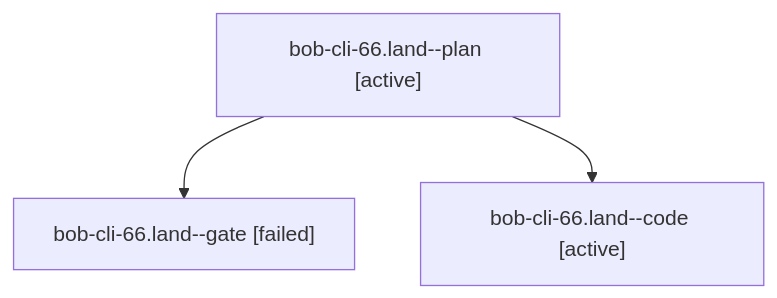
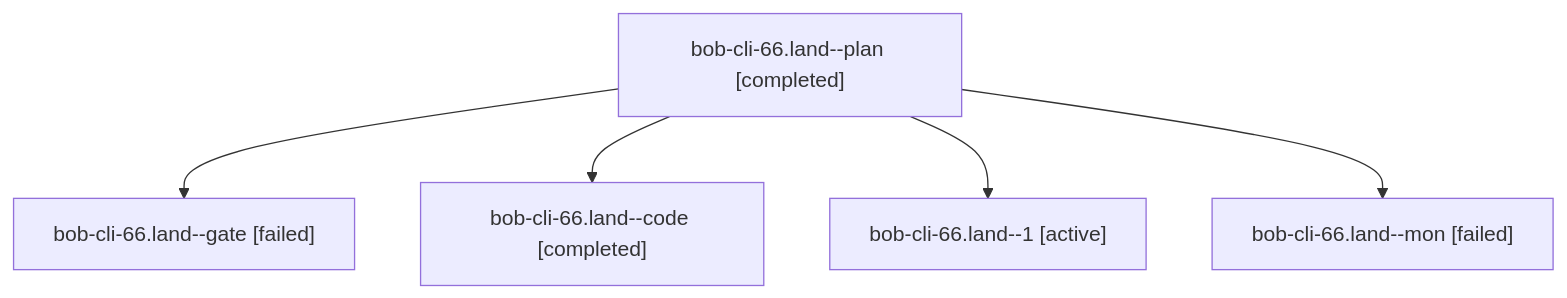
The diagram in sessions/bbugyi200.athena.bob-cli-66.land.md (bobs-org/bob-cli--agents), drawn with Mermaid before and after one commit. The commit also changed other lines of this file and 114 other files, not shown here.

````diff
--- a/sessions/bbugyi200.athena.bob-cli-66.land.md
+++ b/sessions/bbugyi200.athena.bob-cli-66.land.md
@@ -9,8 +9,12 @@
 ```mermaid
 flowchart TD
-  n0["bob-cli-66.land--plan [active]"]
+  n0["bob-cli-66.land--plan [completed]"]
   n1["bob-cli-66.land--gate [failed]"]
   n0 --> n1
-  n2["bob-cli-66.land--code [active]"]
+  n2["bob-cli-66.land--code [completed]"]
   n0 --> n2
+  n3["bob-cli-66.land--1 [active]"]
+  n0 --> n3
+  n4["bob-cli-66.land--mon [failed]"]
+  n0 --> n4
 ```
````
